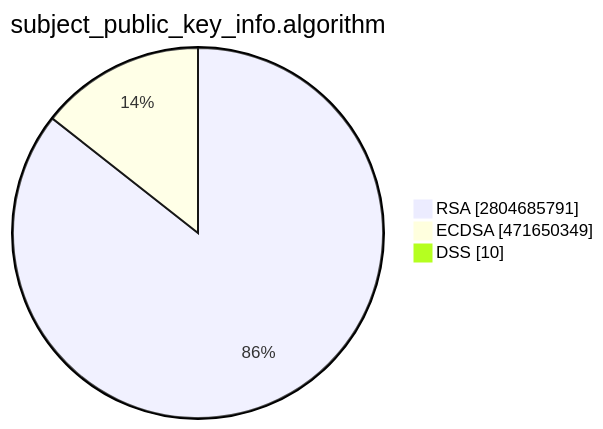
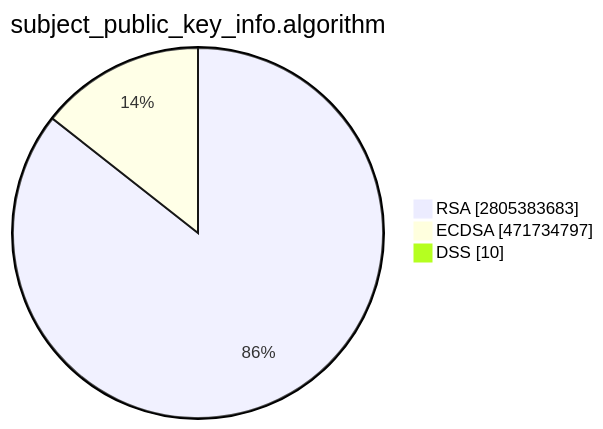
Before and after one commit to christiankrug/ctmonitor_visualization: the second of 15 diagrams in TOTAL/README.md, drawn with Mermaid. The commit also changed other lines of this file, not shown here.

````diff
--- a/TOTAL/README.md
+++ b/TOTAL/README.md
@@ -6,7 +6,7 @@
 ```mermaid
 pie showData
 title subject_public_key_info.algorithm
-"RSA" :2804685791
-"ECDSA" :471650349
+"RSA" :2805383683
+"ECDSA" :471734797
 "DSS" :10
 ```
````
